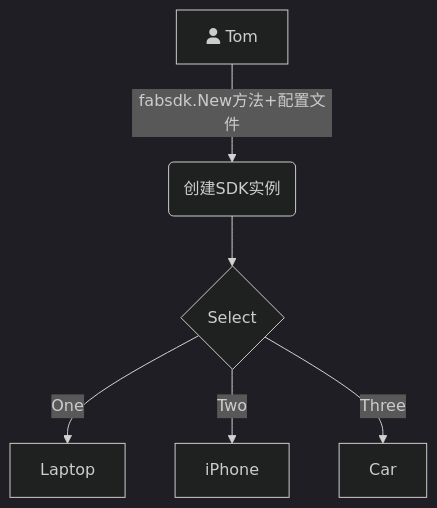
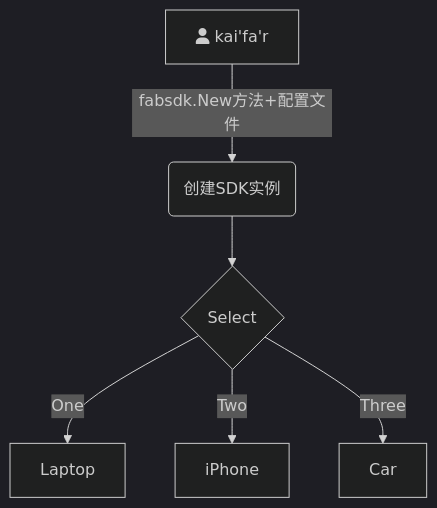
One commit to Utekichan/iodraw-files changed the diagram in all/未命名.md. Above: the diagram before and after it, drawn with Mermaid (dark theme).

Commit message:
2024-03-30 22:05:23 update

````diff
--- a/all/未命名.md
+++ b/all/未命名.md
@@ -1,9 +1,9 @@
 ```mermaid
 graph TD
-    A[fa:fa-user Tom] -->|fabsdk.New方法+配置文件| B(创建SDK实例)
+    A[fa:fa-user kai'fa'r] -->|fabsdk.New方法+配置文件| B(创建SDK实例)
     B --> C{Select}
     C -->|One| D[Laptop]
     C -->|Two| E[iPhone]
     C -->|Three| F[Car]
   
 ```
````
